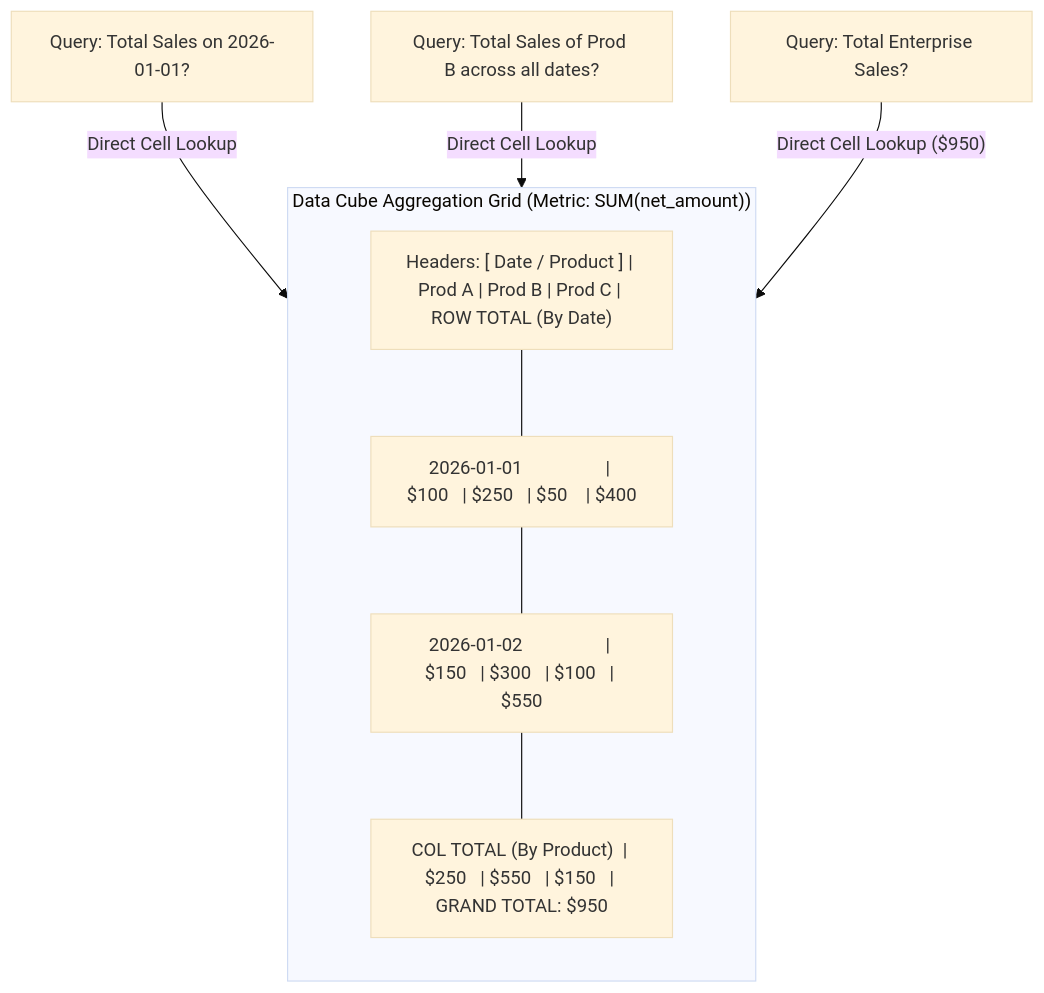
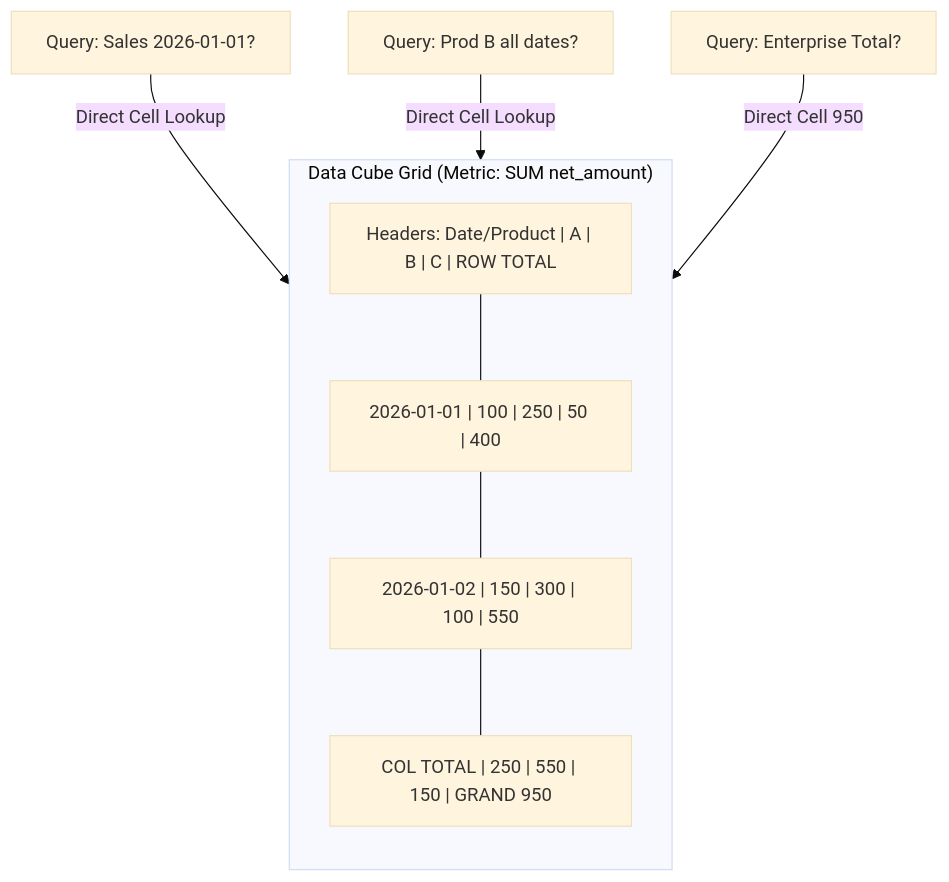
The tenth of 12 diagrams in 01 Designing Data-Intensive Applications/chapter-04-storage-and-retrieval.md (1mimhe/books-summery), drawn with Mermaid (base theme) before and after one commit. The commit also changed other lines of this file and 1 other file, not shown here.

````diff
--- a/01 Designing Data-Intensive Applications/chapter-04-storage-and-retrieval.md
+++ b/01 Designing Data-Intensive Applications/chapter-04-storage-and-retrieval.md
@@ -603,15 +459,14 @@
 ```mermaid
 flowchart TD
-  subgraph CUBE["Data Cube Aggregation Grid (Metric: SUM(net_amount))"]
+  subgraph CUBE["Data Cube Grid (Metric: SUM net_amount)"]
     direction TB
-    HEADER["Headers: [ Date / Product ] | Prod A | Prod B | Prod C | ROW TOTAL (By Date)"]
-    R1["2026-01-01                  | $100   | $250   | $50    | $400"]
-    R2["2026-01-02                  | $150   | $300   | $100   | $550"]
-    COL_TOT["COL TOTAL (By Product)  | $250   | $550   | $150   | GRAND TOTAL: $950"]
+    HEADER["Headers: Date/Product | A | B | C | ROW TOTAL"]
+    R1["2026-01-01 | 100 | 250 | 50 | 400"]
+    R2["2026-01-02 | 150 | 300 | 100 | 550"]
+    COL_TOT["COL TOTAL | 250 | 550 | 150 | GRAND 950"]
     HEADER --- R1 --- R2 --- COL_TOT
   end
-
-  Q1["Query: Total Sales on 2026-01-01?"] -->|"Direct Cell Lookup"| R1
-  Q2["Query: Total Sales of Prod B across all dates?"] -->|"Direct Cell Lookup"| COL_TOT
-  Q3["Query: Total Enterprise Sales?"] -->|"Direct Cell Lookup ($950)"| COL_TOT
+  Q1["Query: Sales 2026-01-01?"] -->|"Direct Cell Lookup"| R1
+  Q2["Query: Prod B all dates?"] -->|"Direct Cell Lookup"| COL_TOT
+  Q3["Query: Enterprise Total?"] -->|"Direct Cell 950"| COL_TOT
 ```
````
